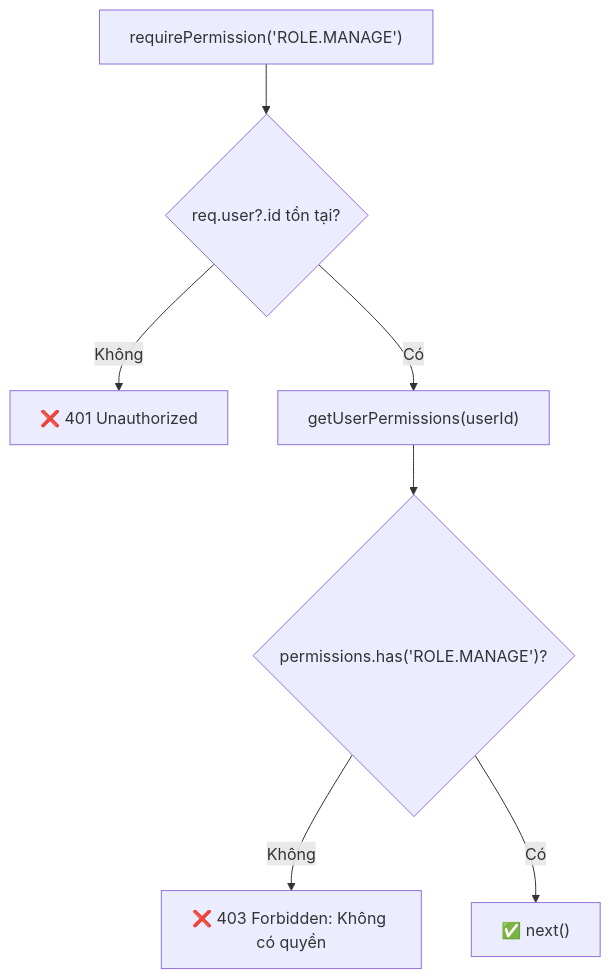
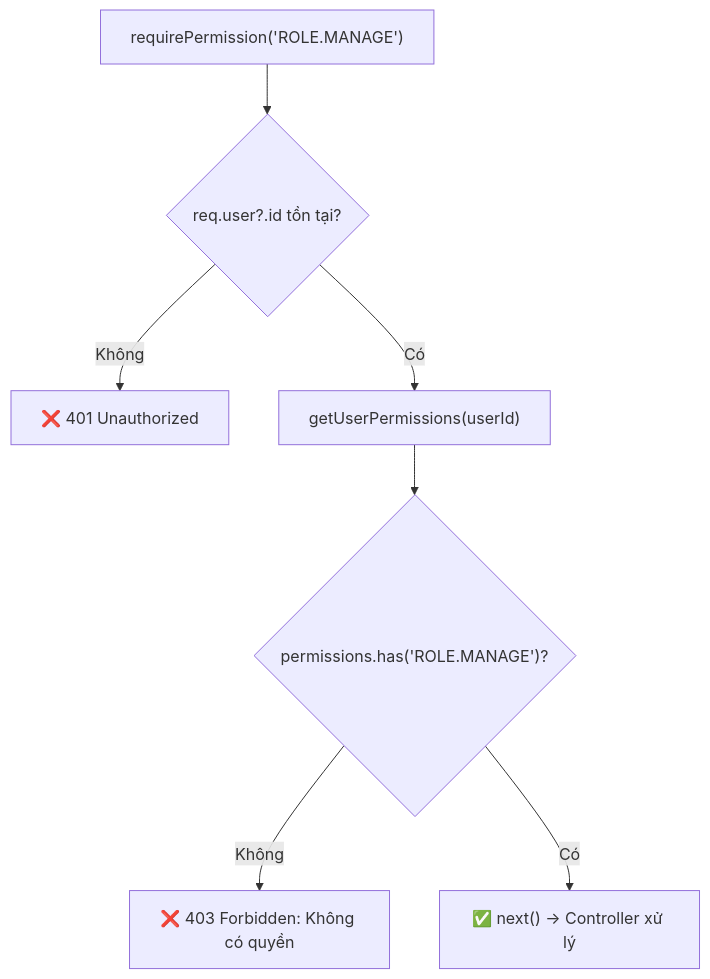
The sixth of 11 diagrams in doc/07-workflow/Auth_and_RBAC_Workflow.md (hungdinh-dev/logix), drawn with Mermaid before and after one commit. The commit also changed other lines of this file, not shown here.

````diff
--- a/doc/07-workflow/Auth_and_RBAC_Workflow.md
+++ b/doc/07-workflow/Auth_and_RBAC_Workflow.md
@@ -433,9 +511,9 @@
 ```mermaid
 flowchart TD
     A["requirePermission('ROLE.MANAGE')"] --> B{"req.user?.id tồn tại?"}
     B -->|Không| C["❌ 401 Unauthorized"]
     B -->|Có| D["getUserPermissions(userId)"]
     D --> E{"permissions.has('ROLE.MANAGE')?"}
     E -->|Không| F["❌ 403 Forbidden: Không có quyền"]
-    E -->|Có| G["✅ next()"]
+    E -->|Có| G["✅ next() → Controller xử lý"]
 ```
````
